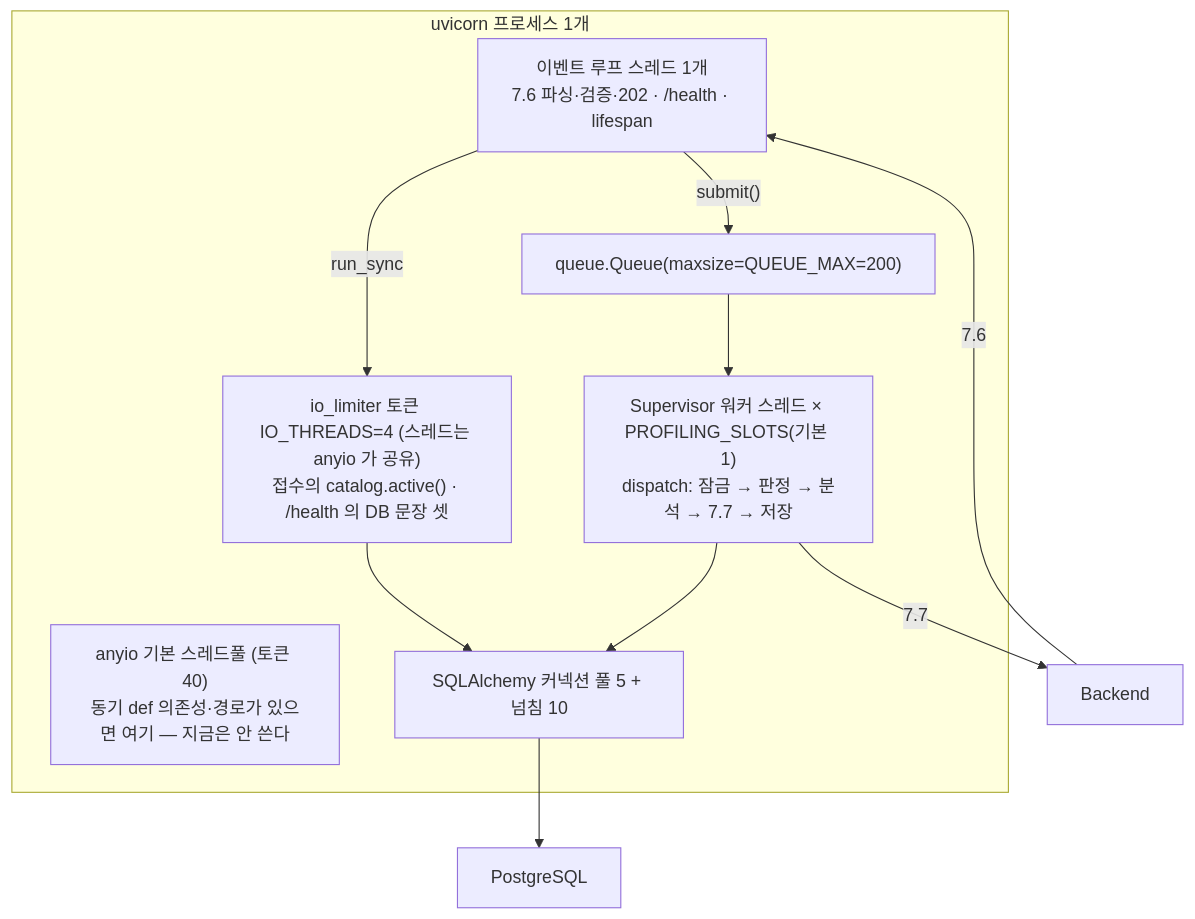
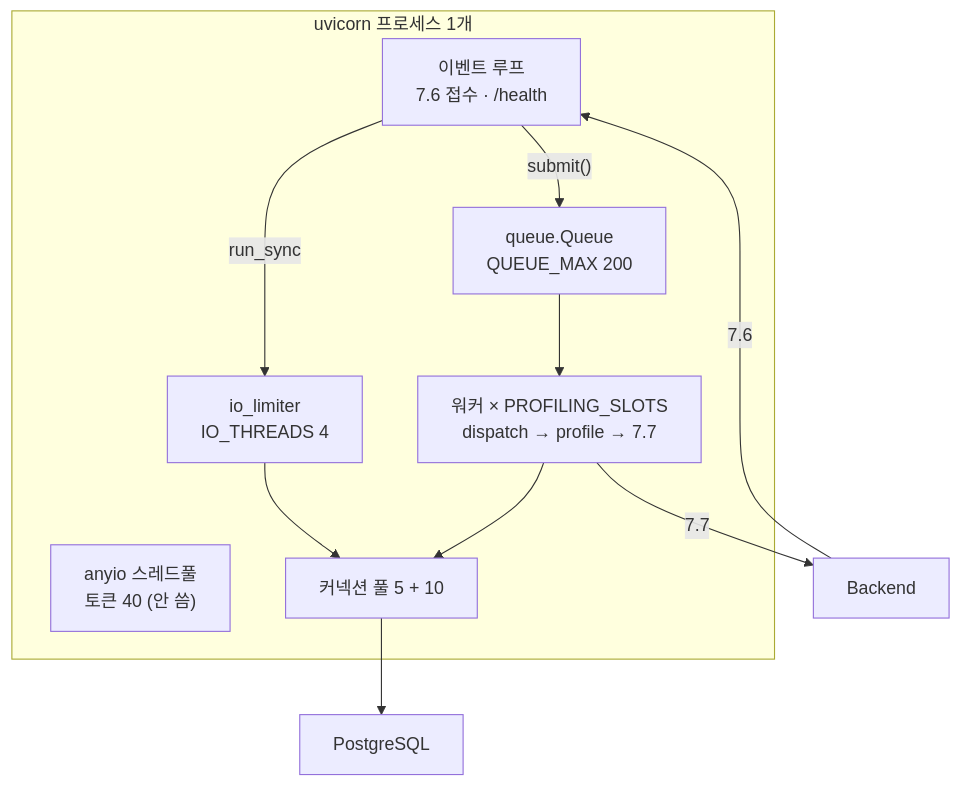
Before and after one commit to 100-hours-a-week/KTB4-12th-AI: the first of 2 diagrams in profiling/docs/학습_가이드/05_동시성.md, drawn with Mermaid. The commit also changed other lines of this file and 70 other files, not shown here.

````diff
--- a/profiling/docs/학습_가이드/05_동시성.md
+++ b/profiling/docs/학습_가이드/05_동시성.md
@@ -25,18 +25,18 @@
 ```mermaid
 flowchart TB
   subgraph proc["uvicorn 프로세스 1개"]
-    L["이벤트 루프 스레드 1개<br/>7.6 파싱·검증·202 · /health · lifespan"]
-    IO["io_limiter 토큰 IO_THREADS=4 (스레드는 anyio 가 공유)<br/>접수의 catalog.active() · /health 의 DB 문장 셋"]
-    TP["anyio 기본 스레드풀 (토큰 40)<br/>동기 def 의존성·경로가 있으면 여기 — 지금은 안 쓴다"]
-    W["Supervisor 워커 스레드 × PROFILING_SLOTS(기본 1)<br/>dispatch: 잠금 → 판정 → 분석 → 7.7 → 저장"]
-    Q["queue.Queue(maxsize=QUEUE_MAX=200)"]
-    POOL["SQLAlchemy 커넥션 풀 5 + 넘침 10"]
+    L["이벤트 루프<br/>7.6 접수 · /health"]
+    IO["io_limiter<br/>IO_THREADS 4"]
+    TP["anyio 스레드풀<br/>토큰 40 (안 씀)"]
+    W["워커 × PROFILING_SLOTS<br/>dispatch → profile → 7.7"]
+    Q["queue.Queue<br/>QUEUE_MAX 200"]
+    POOL["커넥션 풀 5 + 10"]
   end
   BE["Backend"] -->|"7.6"| L
   L -->|"run_sync"| IO
   L -->|"submit()"| Q --> W
   W -->|"7.7"| BE
   IO --> POOL
   W --> POOL
   POOL --> PG["PostgreSQL"]
 ```
````
